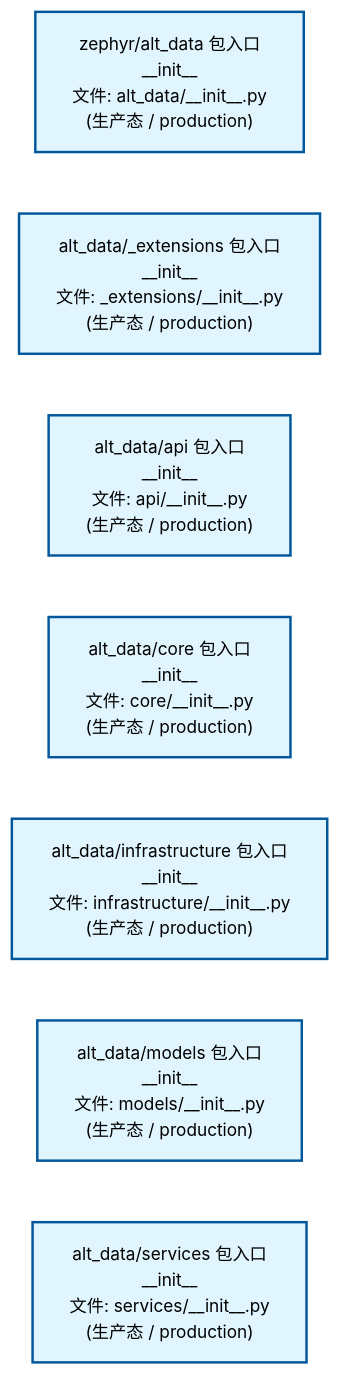
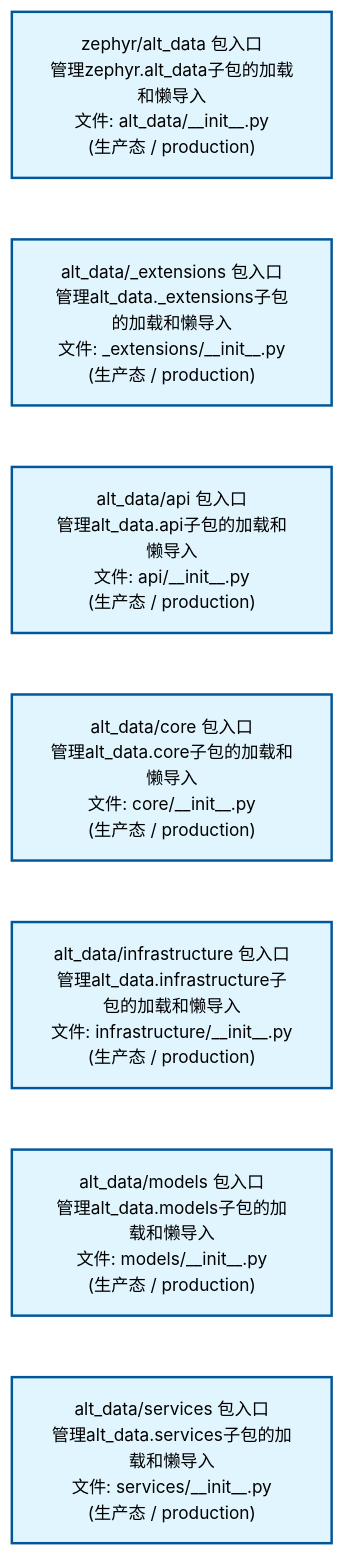
One commit to xuanFelixVan/ZephyrAlpha changed the second of 2 diagrams in docs/02_enterprise_architecture/02_domain_architecture_docs/09_d_alt_data.md. Above: the diagram before and after it, drawn with Mermaid. The commit also changed other lines of this file and 62 other files, not shown here.

````diff
--- a/docs/02_enterprise_architecture/02_domain_architecture_docs/09_d_alt_data.md
+++ b/docs/02_enterprise_architecture/02_domain_architecture_docs/09_d_alt_data.md
@@ -80,22 +80,22 @@
 ```mermaid
 %%{init: {'theme': 'base', 'themeVariables': {'primaryColor': '#eaeaea', 'primaryTextColor': '#333333', 'primaryBorderColor': '#666666', 'lineColor': '#666666', 'secondaryColor': '#eaeaea', 'tertiaryColor': '#eaeaea', 'fontSize': '14px'}}}%%
 flowchart TD
-    src_zephyr_alt_data_init_py["zephyr/alt_data 包入口<br/>__init__<br/>文件: alt_data/__init__.py<br/>(生产态 / production)"]
-    src_zephyr_alt_data_extensions_init_py["alt_data/_extensions 包入口<br/>__init__<br/>文件: _extensions/__init__.py<br/>(生产态 / production)"]
-    src_zephyr_alt_data_api_init_py["alt_data/api 包入口<br/>__init__<br/>文件: api/__init__.py<br/>(生产态 / production)"]
-    src_zephyr_alt_data_core_init_py["alt_data/core 包入口<br/>__init__<br/>文件: core/__init__.py<br/>(生产态 / production)"]
-    src_zephyr_alt_data_infrastructure_init_py["alt_data/infrastructure 包入口<br/>__init__<br/>文件: infrastructure/__init__.py<br/>(生产态 / production)"]
-    src_zephyr_alt_data_models_init_py["alt_data/models 包入口<br/>__init__<br/>文件: models/__init__.py<br/>(生产态 / production)"]
-    src_zephyr_alt_data_services_init_py["alt_data/services 包入口<br/>__init__<br/>文件: services/__init__.py<br/>(生产态 / production)"]
+    src_zephyr_alt_data_init_py["zephyr/alt_data 包入口<br/>管理zephyr.alt_data子包的加载和懒导入<br/>文件: alt_data/__init__.py<br/>(生产态 / production)"]
+    src_zephyr_alt_data_extensions_init_py["alt_data/_extensions 包入口<br/>管理alt_data._extensions子包的加载和懒导入<br/>文件: _extensions/__init__.py<br/>(生产态 / production)"]
+    src_zephyr_alt_data_api_init_py["alt_data/api 包入口<br/>管理alt_data.api子包的加载和懒导入<br/>文件: api/__init__.py<br/>(生产态 / production)"]
+    src_zephyr_alt_data_core_init_py["alt_data/core 包入口<br/>管理alt_data.core子包的加载和懒导入<br/>文件: core/__init__.py<br/>(生产态 / production)"]
+    src_zephyr_alt_data_infrastructure_init_py["alt_data/infrastructure 包入口<br/>管理alt_data.infrastructure子包的加载和懒导入<br/>文件: infrastructure/__init__.py<br/>(生产态 / production)"]
+    src_zephyr_alt_data_models_init_py["alt_data/models 包入口<br/>管理alt_data.models子包的加载和懒导入<br/>文件: models/__init__.py<br/>(生产态 / production)"]
+    src_zephyr_alt_data_services_init_py["alt_data/services 包入口<br/>管理alt_data.services子包的加载和懒导入<br/>文件: services/__init__.py<br/>(生产态 / production)"]
     src_zephyr_alt_data_init_py ~~~ src_zephyr_alt_data_extensions_init_py
     src_zephyr_alt_data_extensions_init_py ~~~ src_zephyr_alt_data_api_init_py
     src_zephyr_alt_data_api_init_py ~~~ src_zephyr_alt_data_core_init_py
     src_zephyr_alt_data_core_init_py ~~~ src_zephyr_alt_data_infrastructure_init_py
     src_zephyr_alt_data_infrastructure_init_py ~~~ src_zephyr_alt_data_models_init_py
     src_zephyr_alt_data_models_init_py ~~~ src_zephyr_alt_data_services_init_py
     classDef production fill:#e1f5fe,stroke:#01579b,stroke-width:2px,color:#000
     classDef design fill:#fff3e0,stroke:#e65100,stroke-width:2px,color:#000,stroke-dasharray: 5 5
     classDef external_prod fill:#e8f4fd,stroke:#0277bd,stroke-width:1px,color:#000
     classDef external_design fill:#fff8e7,stroke:#ef6c00,stroke-width:1px,color:#000,stroke-dasharray: 5 5
     class src_zephyr_alt_data_init_py,src_zephyr_alt_data_extensions_init_py,src_zephyr_alt_data_api_init_py,src_zephyr_alt_data_core_init_py,src_zephyr_alt_data_infrastructure_init_py,src_zephyr_alt_data_models_init_py,src_zephyr_alt_data_services_init_py production
 ```
````
